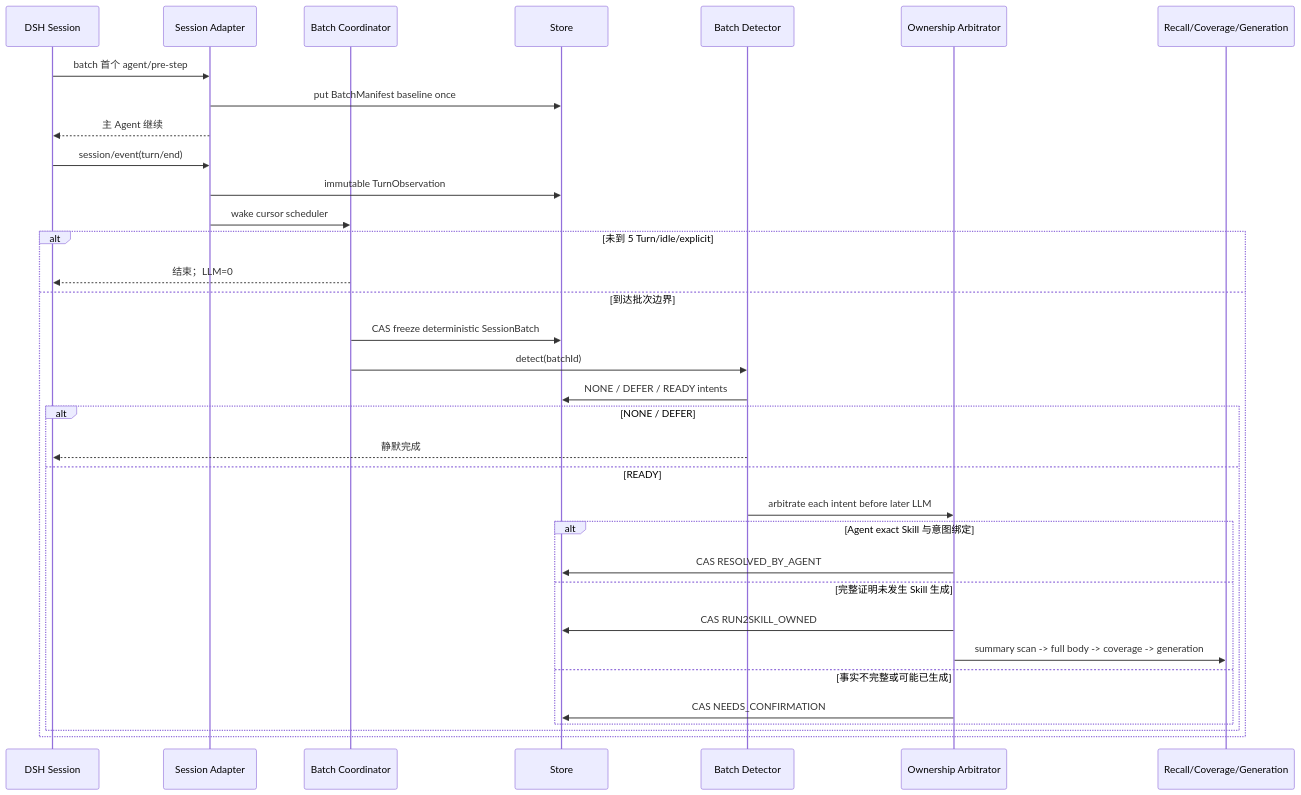
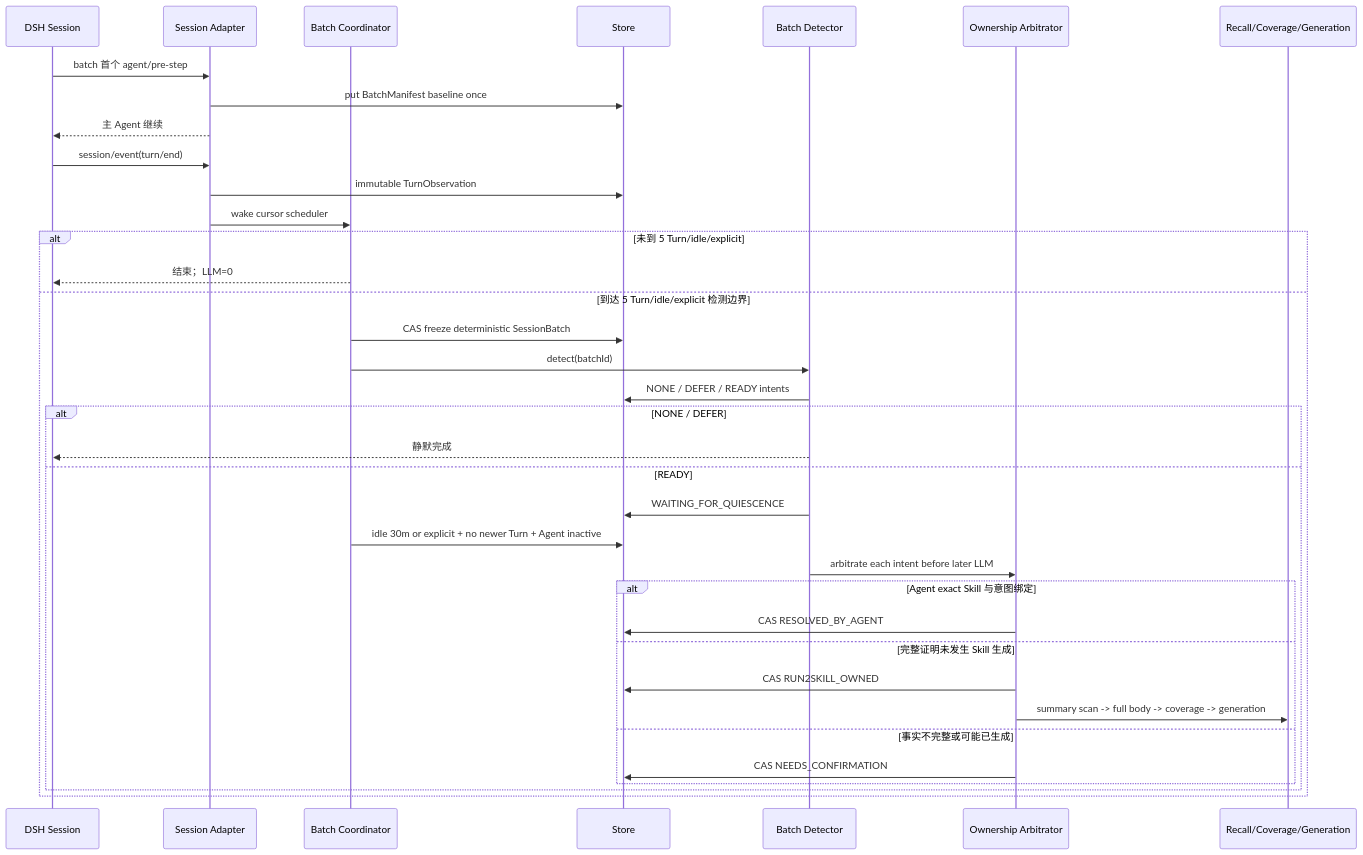
One commit to qkycir-123/dsh-run2skill changed the second of 3 diagrams in docs/architecture/baseline.md. Above: the diagram before and after it, drawn with Mermaid. The commit also changed other lines of this file and 13 other files, not shown here.

````diff
--- a/docs/architecture/baseline.md
+++ b/docs/architecture/baseline.md
@@ -322,37 +322,39 @@
 ```mermaid
 sequenceDiagram
     participant S as DSH Session
     participant O as Session Adapter
     participant C as Batch Coordinator
     participant R as Store
     participant D as Batch Detector
     participant A as Ownership Arbitrator
     participant L as Recall/Coverage/Generation
 
     S->>O: batch 首个 agent/pre-step
     O->>R: put BatchManifest baseline once
     O-->>S: 主 Agent 继续
     S->>O: session/event(turn/end)
     O->>R: immutable TurnObservation
     O->>C: wake cursor scheduler
     alt 未到 5 Turn/idle/explicit
         C-->>S: 结束；LLM=0
-    else 到达批次边界
+    else 到达 5 Turn/idle/explicit 检测边界
         C->>R: CAS freeze deterministic SessionBatch
         C->>D: detect(batchId)
         D->>R: NONE / DEFER / READY intents
         alt NONE / DEFER
             D-->>S: 静默完成
         else READY
+        D->>R: WAITING_FOR_QUIESCENCE
+        C->>R: idle 30m or explicit + no newer Turn + Agent inactive
         D->>A: arbitrate each intent before later LLM
         alt Agent exact Skill 与意图绑定
             A->>R: CAS RESOLVED_BY_AGENT
         else 完整证明未发生 Skill 生成
             A->>R: CAS RUN2SKILL_OWNED
             A->>L: summary scan -> full body -> coverage -> generation
         else 事实不完整或可能已生成
             A->>R: CAS NEEDS_CONFIRMATION
         end
         end
     end
 ```
````
